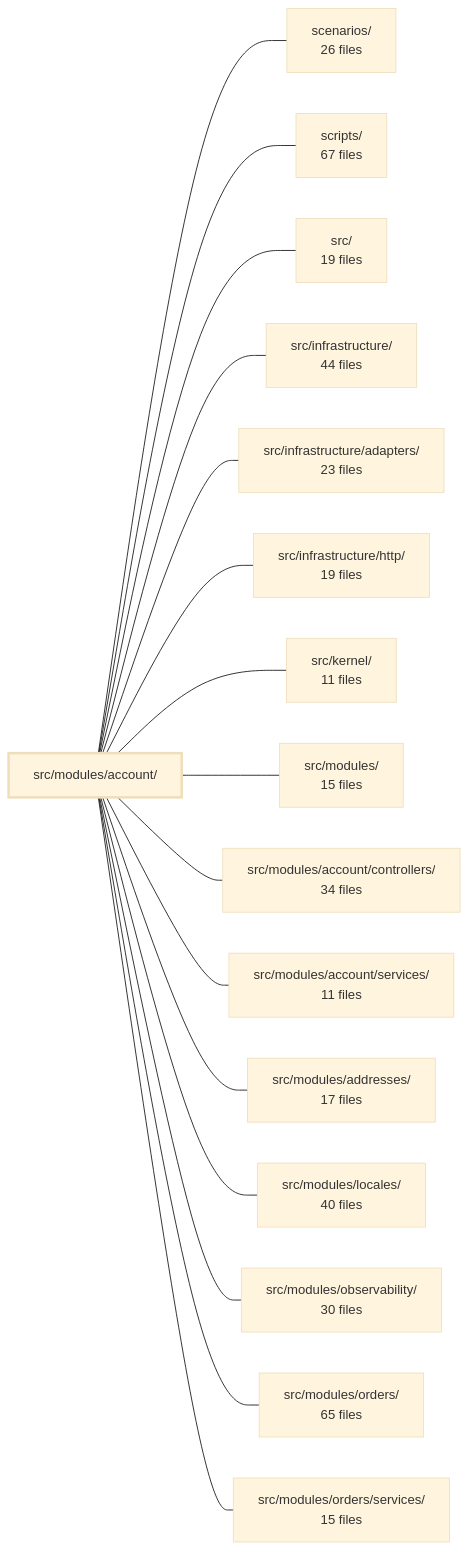
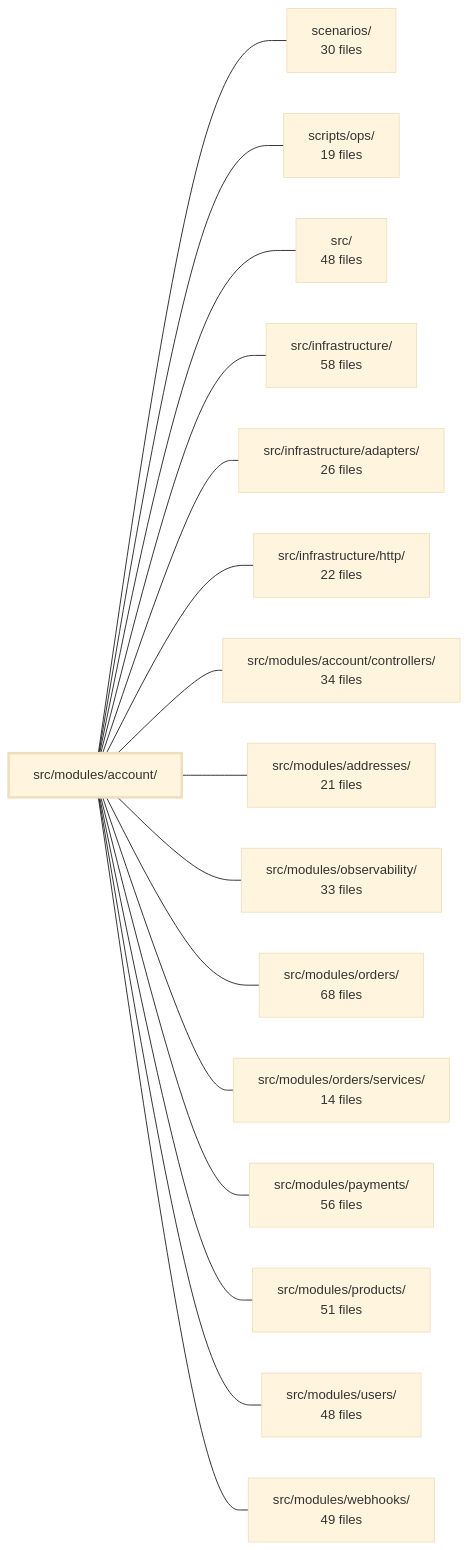
One commit to Guebbit/boilerplate-node-backend changed the diagram in .2brain/modules/boilerplate-node-backend_src_modules_account.md. Above: the diagram before and after it, drawn with Mermaid (base theme). The commit also changed other lines of this file and 187 other files, not shown here.

````diff
--- a/.2brain/modules/boilerplate-node-backend_src_modules_account.md
+++ b/.2brain/modules/boilerplate-node-backend_src_modules_account.md
@@ -42,35 +40,35 @@
 ```mermaid
 flowchart LR
     m_src_modules_account["src/modules/account/"]
-    m_scenarios["scenarios/<br/>26 files"]
-    m_scripts["scripts/<br/>67 files"]
-    m_src["src/<br/>19 files"]
-    m_src_infrastructure["src/infrastructure/<br/>44 files"]
-    m_src_infrastructure_adapters["src/infrastructure/adapters/<br/>23 files"]
-    m_src_infrastructure_http["src/infrastructure/http/<br/>19 files"]
-    m_src_kernel["src/kernel/<br/>11 files"]
-    m_src_modules["src/modules/<br/>15 files"]
+    m_scenarios["scenarios/<br/>30 files"]
+    m_scripts_ops["scripts/ops/<br/>19 files"]
+    m_src["src/<br/>48 files"]
+    m_src_infrastructure["src/infrastructure/<br/>58 files"]
+    m_src_infrastructure_adapters["src/infrastructure/adapters/<br/>26 files"]
+    m_src_infrastructure_http["src/infrastructure/http/<br/>22 files"]
     m_src_modules_account_controllers["src/modules/account/controllers/<br/>34 files"]
-    m_src_modules_account_services["src/modules/account/services/<br/>11 files"]
-    m_src_modules_addresses["src/modules/addresses/<br/>17 files"]
-    m_src_modules_locales["src/modules/locales/<br/>40 files"]
-    m_src_modules_observability["src/modules/observability/<br/>30 files"]
-    m_src_modules_orders["src/modules/orders/<br/>65 files"]
-    m_src_modules_orders_services["src/modules/orders/services/<br/>15 files"]
+    m_src_modules_addresses["src/modules/addresses/<br/>21 files"]
+    m_src_modules_observability["src/modules/observability/<br/>33 files"]
+    m_src_modules_orders["src/modules/orders/<br/>68 files"]
+    m_src_modules_orders_services["src/modules/orders/services/<br/>14 files"]
+    m_src_modules_payments["src/modules/payments/<br/>56 files"]
+    m_src_modules_products["src/modules/products/<br/>51 files"]
+    m_src_modules_users["src/modules/users/<br/>48 files"]
+    m_src_modules_webhooks["src/modules/webhooks/<br/>49 files"]
     m_src_modules_account --- m_scenarios
-    m_src_modules_account --- m_scripts
+    m_src_modules_account --- m_scripts_ops
     m_src_modules_account --- m_src
     m_src_modules_account --- m_src_infrastructure
     m_src_modules_account --- m_src_infrastructure_adapters
     m_src_modules_account --- m_src_infrastructure_http
-    m_src_modules_account --- m_src_kernel
-    m_src_modules_account --- m_src_modules
     m_src_modules_account --- m_src_modules_account_controllers
-    m_src_modules_account --- m_src_modules_account_services
     m_src_modules_account --- m_src_modules_addresses
-    m_src_modules_account --- m_src_modules_locales
     m_src_modules_account --- m_src_modules_observability
     m_src_modules_account --- m_src_modules_orders
     m_src_modules_account --- m_src_modules_orders_services
+    m_src_modules_account --- m_src_modules_payments
+    m_src_modules_account --- m_src_modules_products
+    m_src_modules_account --- m_src_modules_users
+    m_src_modules_account --- m_src_modules_webhooks
     style m_src_modules_account stroke-width:3px
 ```
````
